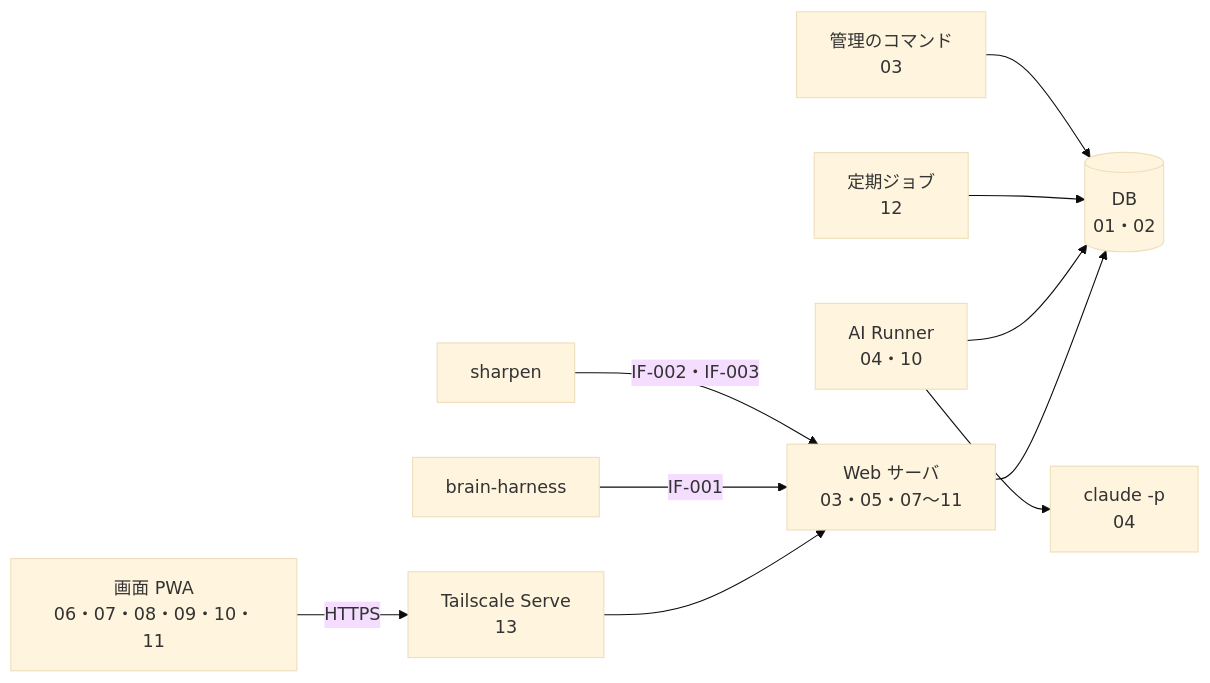
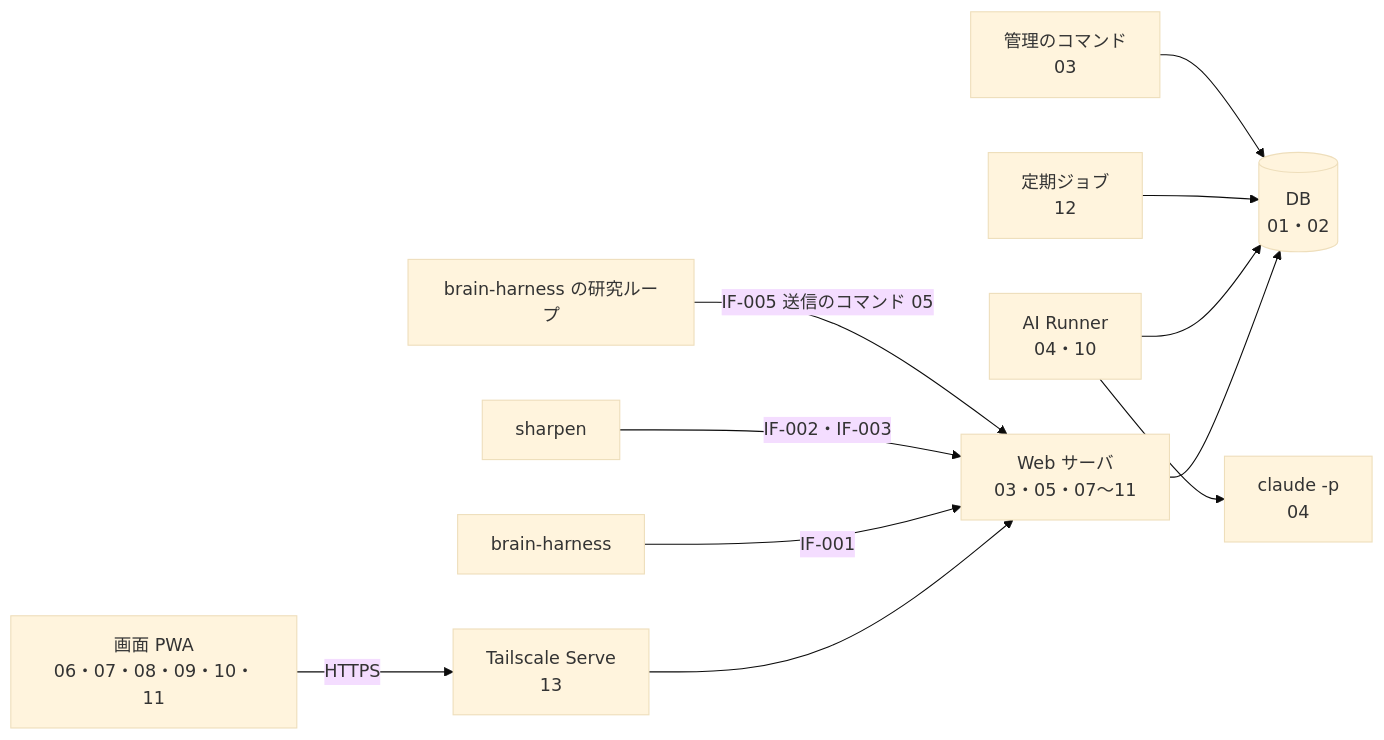
The diagram in docs/specs/00-overview.md (shota-urano/nexus), drawn with Mermaid (base theme) before and after one commit. The commit also changed other lines of this file and 41 other files, not shown here.

````diff
--- a/docs/specs/00-overview.md
+++ b/docs/specs/00-overview.md
@@ -11,12 +11,13 @@
 ```mermaid
 flowchart LR
   PWA[画面 PWA<br/>06・07・08・09・10・11] -- HTTPS --> TS[Tailscale Serve<br/>13]
   TS --> WEB[Web サーバ<br/>03・05・07〜11]
   BH[brain-harness] -- IF-001 --> WEB
   SP[sharpen] -- IF-002・IF-003 --> WEB
+  BR[brain-harness の研究ループ] -- IF-005 送信のコマンド 05 --> WEB
   WEB --> DB[(DB<br/>01・02)]
   RUN[AI Runner<br/>04・10] --> DB
   RUN --> CLI[claude -p<br/>04]
   JOB[定期ジョブ<br/>12] --> DB
   CMD[管理のコマンド<br/>03] --> DB
 ```
````
